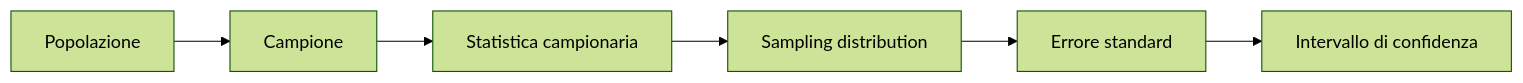
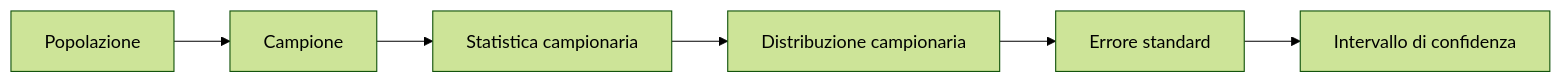
The diagram in src/content/corso/matematica-analisi-dati/campionamento-clt-e-intervalli.mdx (AndreyBertasini/gynnitech), drawn with Mermaid (forest theme) before and after one commit. The commit also changed other lines of this file and 28 other files, not shown here.

````diff
--- a/src/content/corso/matematica-analisi-dati/campionamento-clt-e-intervalli.mdx
+++ b/src/content/corso/matematica-analisi-dati/campionamento-clt-e-intervalli.mdx
@@ -15,8 +17,8 @@
 ```mermaid
 flowchart LR
     A[Popolazione] --> B[Campione]
     B --> C[Statistica campionaria]
-    C --> D[Sampling distribution]
+    C --> D[Distribuzione campionaria]
     D --> E[Errore standard]
     E --> F[Intervallo di confidenza]
 ```
````
